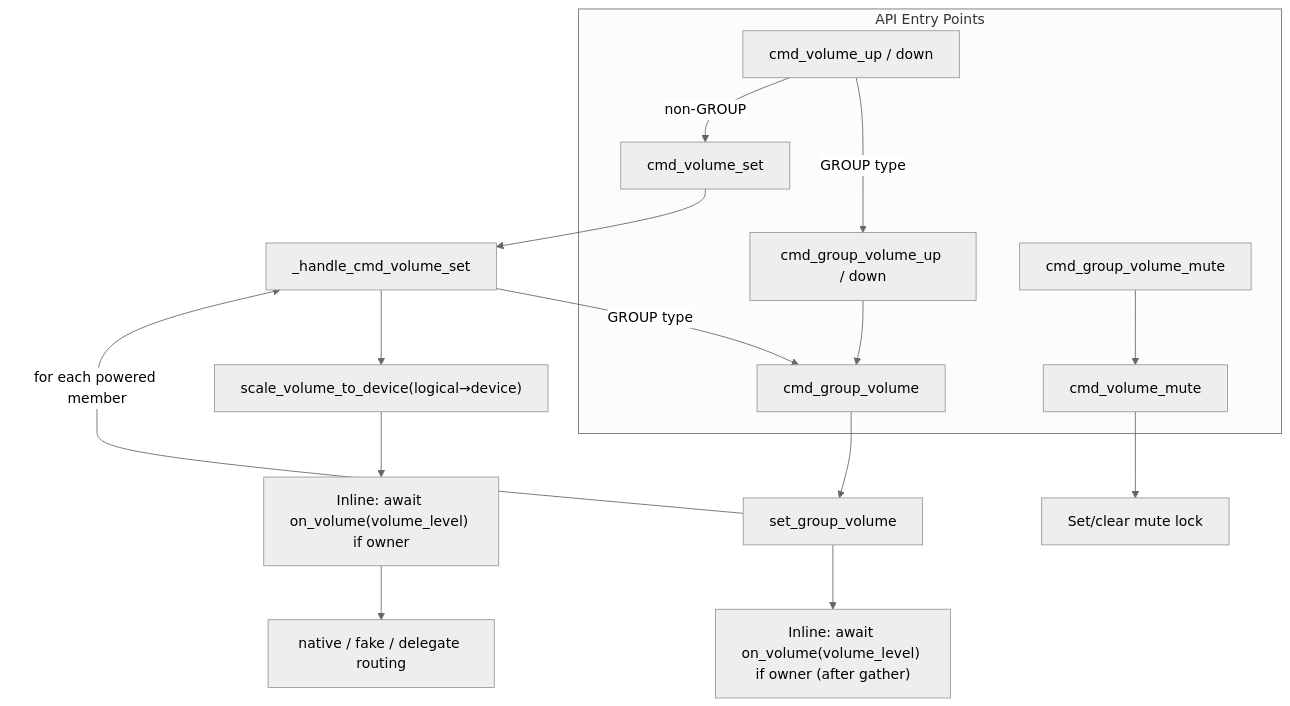
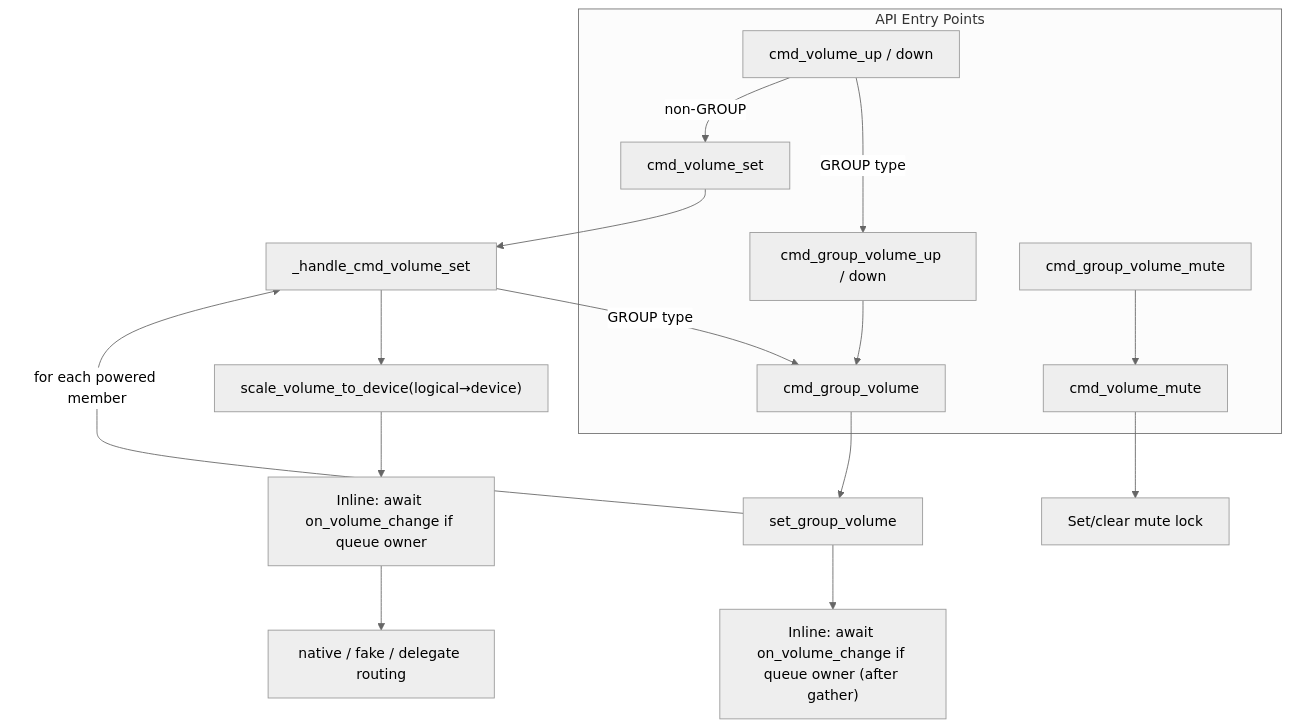
The second of 2 diagrams in docs/architecture/07-volume.md (theturtle32/music-assistant-server), drawn with Mermaid (neutral theme) before and after one commit. The commit also changed other lines of this file and 1 other file, not shown here.

First line of the commit message:
docs(architecture): session-based sync group lifecycle and AudioSource volume routing

````diff
--- a/docs/architecture/07-volume.md
+++ b/docs/architecture/07-volume.md
@@ -256,27 +308,27 @@
 ```mermaid
 flowchart TD
     subgraph "API Entry Points"
         V1[cmd_volume_set]
         V2[cmd_volume_up / down]
         V3[cmd_group_volume]
         V4[cmd_group_volume_up / down]
         V5[cmd_group_volume_mute]
         V6[cmd_volume_mute]
     end
 
     V1 --> HV[_handle_cmd_volume_set]
     V2 -->|GROUP type| V4
     V2 -->|non-GROUP| V1
     V3 --> SGV[set_group_volume]
     V4 --> V3
     V5 --> V6
     V6 --> ML[Set/clear mute lock]
 
     HV -->|GROUP type| V3
     HV --> SV["scale_volume_to_device(logical→device)"]
-    SV --> PV3["Inline: await on_volume(volume_level) if owner"]
+    SV --> PV3["Inline: await on_volume_change if queue owner"]
     PV3 --> VR["native / fake / delegate routing"]
 
     SGV -->|"for each powered member"| HV
-    SGV --> PV2["Inline: await on_volume(volume_level) if owner (after gather)"]
+    SGV --> PV2["Inline: await on_volume_change if queue owner (after gather)"]
 ```
````
